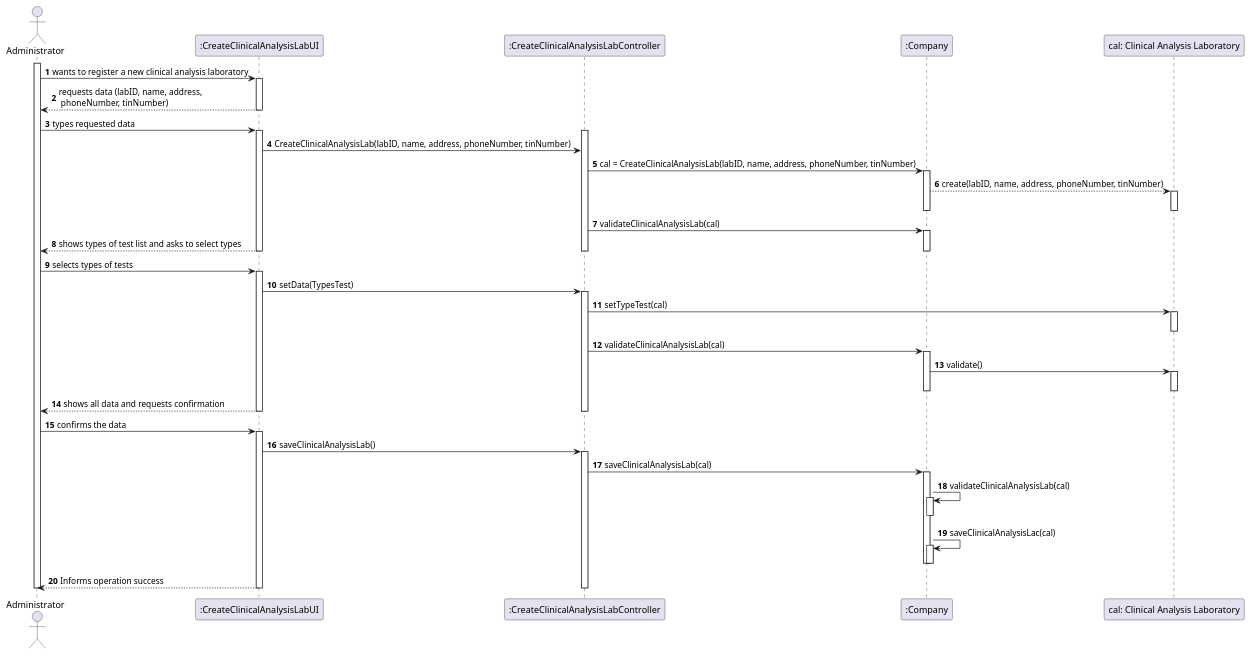
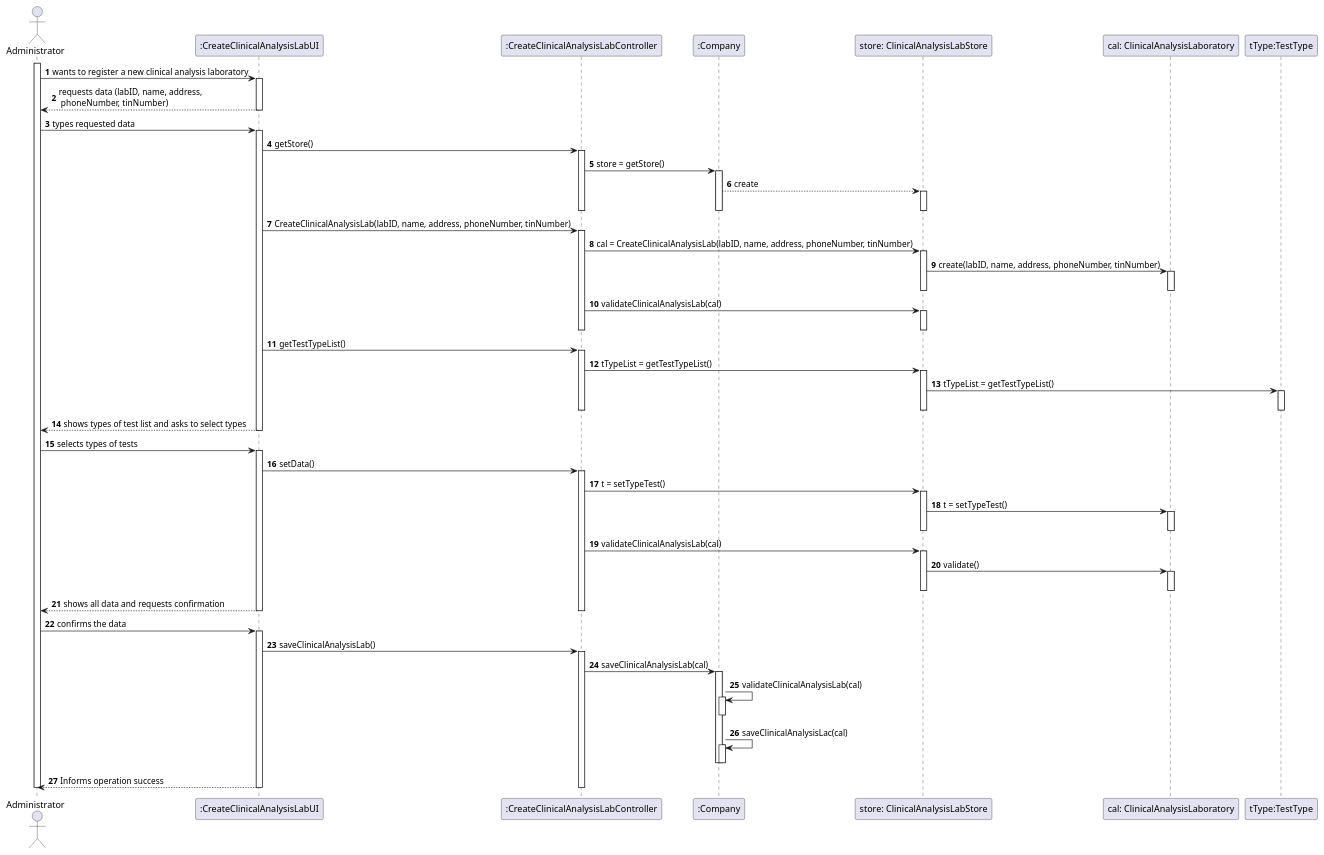
Before and after one commit to MarianaCLages/LAPR2: the diagram in docs/SprintB/US08/US8_SD.puml, drawn with PlantUML.

Commit message:
US8: SD update

```diff
--- a/docs/SprintB/US08/US8_SD.puml
+++ b/docs/SprintB/US08/US8_SD.puml
@@ -1,65 +1,92 @@
 @startuml
 'https://plantuml.com/sequence-diagram
 autonumber
 actor Administrator as A
 participant ":CreateClinicalAnalysisLabUI" as UI
 participant ":CreateClinicalAnalysisLabController" as CTRL
 participant ":Company" as C
-participant "cal: Clinical Analysis Laboratory" as CAL
+participant "store: ClinicalAnalysisLabStore" as STO
+participant "cal: ClinicalAnalysisLaboratory" as CAL
+participant "tType:TestType" as TT
+
 activate A
-
 A -> UI: wants to register a new clinical analysis laboratory
 activate UI
 UI --> A: requests data (labID, name, address,\n phoneNumber, tinNumber)
 deactivate UI
 A -> UI: types requested data
 activate UI
+UI -> CTRL : getStore()
 activate CTRL
+CTRL -> C: store = getStore()
+activate C
+C --> STO: create
+activate STO
+deactivate STO
+deactivate C
+deactivate CTRL
+
 UI -> CTRL : CreateClinicalAnalysisLab(labID, name, address, phoneNumber, tinNumber)
-CTRL -> C: cal = CreateClinicalAnalysisLab(labID, name, address, phoneNumber, tinNumber)
-activate C
-C --> CAL : create(labID, name, address, phoneNumber, tinNumber)
+activate CTRL
+CTRL -> STO: cal = CreateClinicalAnalysisLab(labID, name, address, phoneNumber, tinNumber)
+activate STO
+STO -> CAL : create(labID, name, address, phoneNumber, tinNumber)
 activate CAL
 deactivate CAL
-deactivate C
-CTRL -> C: validateClinicalAnalysisLab(cal)
-activate C
+deactivate STO
+CTRL -> STO: validateClinicalAnalysisLab(cal)
+activate STO
+deactivate STO
+deactivate CTRL
+UI -> CTRL: getTestTypeList()
+activate CTRL
+CTRL -> STO : tTypeList = getTestTypeList()
+activate STO
+STO->TT: tTypeList = getTestTypeList()
+activate TT
+deactivate TT
+deactivate STO
+deactivate CTRL
+
 UI --> A: shows types of test list and asks to select types
 deactivate C
 deactivate CTRL
 deactivate UI
 A -> UI: selects types of tests
 activate UI
-UI -> CTRL: setData(TypesTest)
+UI -> CTRL: setData()
 activate CTRL
-CTRL -> CAL: setTypeTest(cal)
+CTRL -> STO: t = setTypeTest()
+activate STO
+STO -> CAL: t = setTypeTest()
 activate CAL
 deactivate CAL
+deactivate STO
 deactivate C
-CTRL -> C: validateClinicalAnalysisLab(cal)
-activate C
-C -> CAL : validate()
+CTRL -> STO: validateClinicalAnalysisLab(cal)
+activate STO
+STO -> CAL : validate()
 activate CAL
 deactivate CAL
-deactivate C
+deactivate STO
 UI --> A: shows all data and requests confirmation
 deactivate CTRL
 deactivate UI
 A -> UI: confirms the data
 activate UI
 UI-> CTRL : saveClinicalAnalysisLab()
 activate CTRL
 CTRL -> C: saveClinicalAnalysisLab(cal)
 activate C
 C -> C : validateClinicalAnalysisLab(cal)
 activate C
 deactivate C
 C -> C : saveClinicalAnalysisLac(cal)
 activate C
 deactivate C
 deactivate C
 UI --> A : Informs operation success
 deactivate CTRL
 deactivate UI
 deactivate A
 @enduml
```
